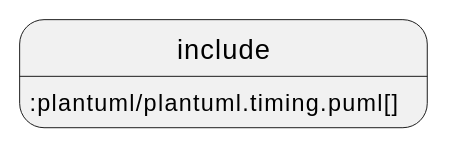
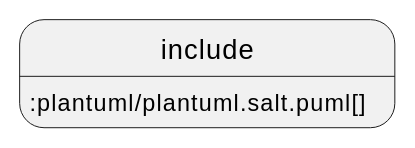
One commit to alecsz/DocsAsCode_Innoday2019 changed the fifth of 7 diagrams in src/docs/slides.adoc. Above: the diagram before and after it, drawn with PlantUML. The commit also changed other lines of this file and 6 other files, not shown here.

```diff
--- a/src/docs/slides.adoc
+++ b/src/docs/slides.adoc
@@ -141,4 +170,4 @@
-[plantuml, plantuml.timing.puml, png]
+[plantuml, plantuml.salt.puml, png]
 ----
-include::plantuml/plantuml.timing.puml[]
+include::plantuml/plantuml.salt.puml[]
 ----
```
